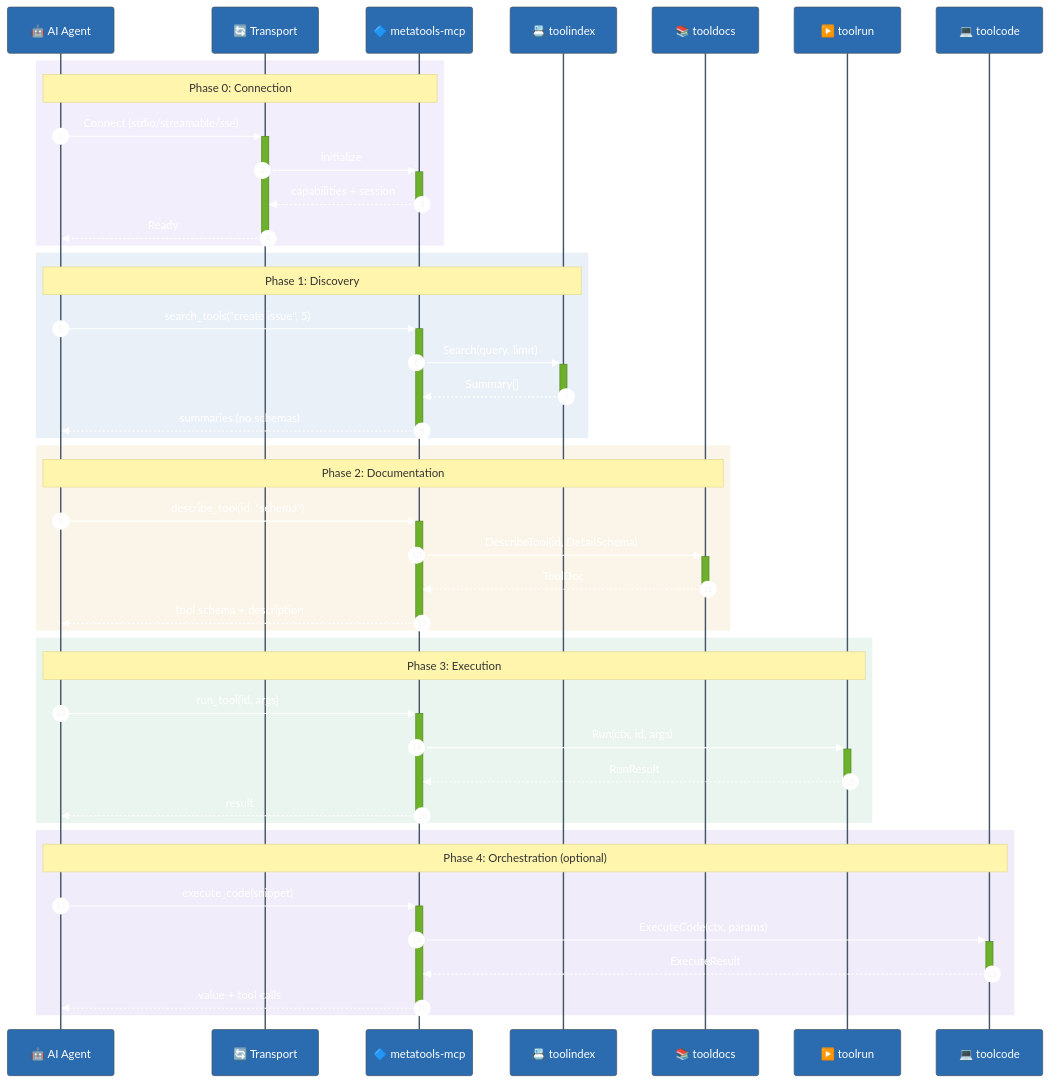
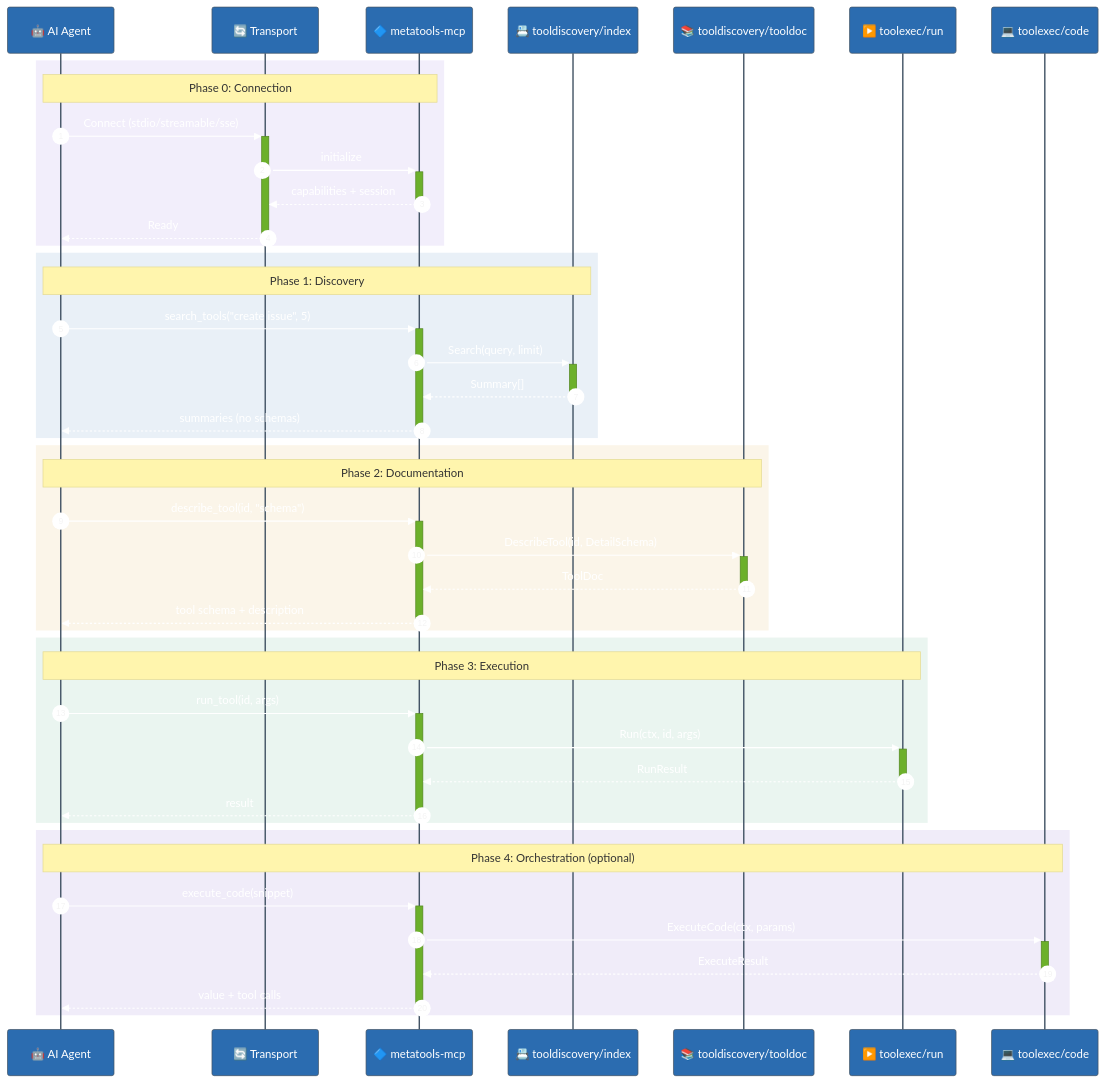
One commit to jonwraymond/metatools-mcp changed the second of 3 diagrams in docs/user-journey.md. Above: the diagram before and after it, drawn with Mermaid. The commit also changed other lines of this file and 34 other files, not shown here.

Commit message:
docs(metatools-mcp): close PRD gaps and refresh diagrams

````diff
--- a/docs/user-journey.md
+++ b/docs/user-journey.md
@@ -57,53 +57,53 @@
 ```mermaid
 %%{init: {'theme': 'base', 'themeVariables': {'primaryColor': '#2b6cb0', 'primaryTextColor': '#fff'}}}%%
 sequenceDiagram
     autonumber
 
     participant Agent as 🤖 AI Agent
     participant Transport as 🔄 Transport
     participant MCP as 🔷 metatools-mcp
-    participant Index as 📇 toolindex
-    participant Docs as 📚 tooldocs
-    participant Run as ▶️ toolrun
-    participant Code as 💻 toolcode
+    participant Index as 📇 tooldiscovery/index
+    participant Docs as 📚 tooldiscovery/tooldoc
+    participant Run as ▶️ toolexec/run
+    participant Code as 💻 toolexec/code
 
     rect rgb(128, 90, 213, 0.1)
         Note over Agent,MCP: Phase 0: Connection
         Agent->>+Transport: Connect (stdio/streamable/sse)
         Transport->>+MCP: initialize
         MCP-->>-Transport: capabilities + session
         Transport-->>-Agent: Ready
     end
 
     rect rgb(43, 108, 176, 0.1)
         Note over Agent,Index: Phase 1: Discovery
         Agent->>+MCP: search_tools("create issue", 5)
         MCP->>+Index: Search(query, limit)
         Index-->>-MCP: Summary[]
         MCP-->>-Agent: summaries (no schemas)
     end
 
     rect rgb(214, 158, 46, 0.1)
         Note over Agent,Docs: Phase 2: Documentation
         Agent->>+MCP: describe_tool(id, "schema")
         MCP->>+Docs: DescribeTool(id, DetailSchema)
         Docs-->>-MCP: ToolDoc
         MCP-->>-Agent: tool schema + description
     end
 
     rect rgb(56, 161, 105, 0.1)
         Note over Agent,Run: Phase 3: Execution
         Agent->>+MCP: run_tool(id, args)
         MCP->>+Run: Run(ctx, id, args)
         Run-->>-MCP: RunResult
         MCP-->>-Agent: result
     end
 
     rect rgb(107, 70, 193, 0.1)
         Note over Agent,Code: Phase 4: Orchestration (optional)
         Agent->>+MCP: execute_code(snippet)
         MCP->>+Code: ExecuteCode(ctx, params)
         Code-->>-MCP: ExecuteResult
         MCP-->>-Agent: value + tool calls
     end
 ```
````
